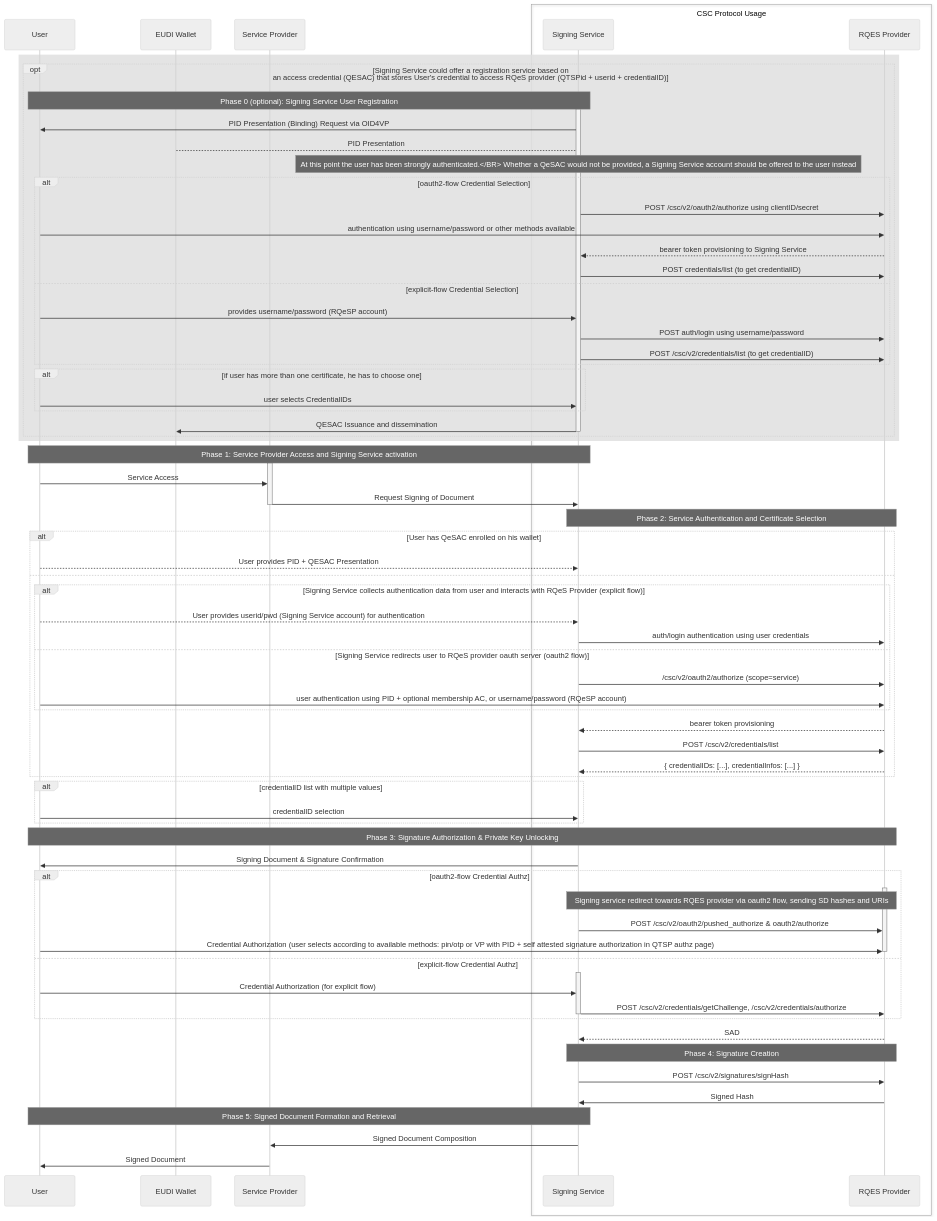
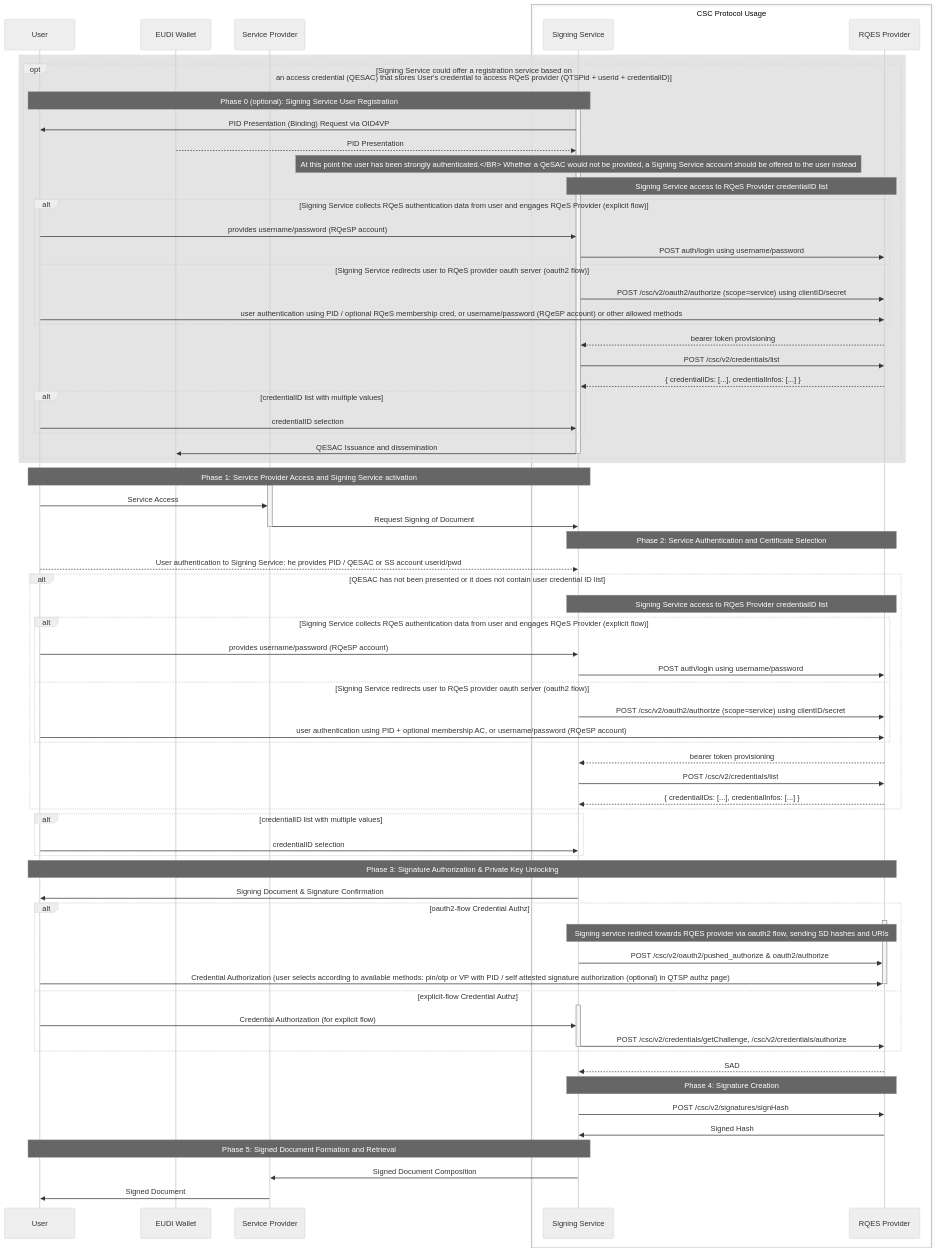
Before and after one commit to EWC-consortium/eudi-wallet-rfcs: the first of 7 diagrams in ewc-rfc010-long-term-certifice-qes-creation.md, drawn with Mermaid (neutral theme). The commit also changed other lines of this file, not shown here.

```diff
--- a/ewc-rfc010-long-term-certifice-qes-creation.md
+++ b/ewc-rfc010-long-term-certifice-qes-creation.md
@@ -101,23 +108,27 @@
   rect rgba(225, 225, 225, 0.88)
     opt Signing Service could offer a registration service based on <br/>an access credential (QESAC) that stores User's credential to access RQeS provider (QTSPid + userid + credentialID)
     Note over User, Signing Service: Phase 0 (optional): Signing Service User Registration
-      activate Signing Service
-      Signing Service->>User: PID Presentation (Binding) Request via OID4VP
-      EUDI Wallet-->Signing Service: PID Presentation
-      Note over Signing Service: At this point the user has been strongly authenticated.</BR> Whether a QeSAC would not be provided, a Signing Service account should be offered to the user instead
-      alt  oauth2-flow Credential Selection
-        Signing Service->>RQES Provider: POST /csc/v2/oauth2/authorize using clientID/secret
-        User->>RQES Provider: authentication using username/password or other methods available
-        RQES Provider-->>Signing Service: bearer token provisioning to Signing Service
-        Signing Service->>RQES Provider: POST credentials/list (to get credentialID)
-      else explicit-flow Credential Selection
+    activate Signing Service
+    Signing Service->>User: PID Presentation (Binding) Request via OID4VP
+    EUDI Wallet-->>Signing Service: PID Presentation
+    
+    Note over Signing Service: At this point the user has been strongly authenticated.</BR> Whether a QeSAC would not be provided, a Signing Service account should be offered to the user instead
+      
+    Note over Signing Service, RQES Provider: Signing Service access to RQeS Provider credentialID list
+    alt Signing Service collects RQeS authentication data from user and engages RQeS Provider (explicit flow)
         User->>Signing Service: provides username/password (RQeSP account)
         Signing Service->>RQES Provider: POST auth/login using username/password
-        Signing Service->>RQES Provider: POST /csc/v2/credentials/list (to get credentialID)
-      end
-    alt if user has more than one certificate, he has to choose one
-      User->>Signing Service: user selects CredentialIDs
+    else Signing Service redirects user to RQeS provider oauth server (oauth2 flow)
+        Signing Service->>RQES Provider: POST /csc/v2/oauth2/authorize (scope=service) using clientID/secret
+        User->>RQES Provider: user authentication using PID / optional RQeS membership cred, or username/password (RQeSP account) or other allowed methods
+    end 
+    RQES Provider-->>Signing Service: bearer token provisioning
+    Signing Service->>RQES Provider: POST /csc/v2/credentials/list
+    RQES Provider-->>Signing Service: { credentialIDs: [...], credentialInfos: [...] }
+    alt credentialID list with multiple values
+        User->>Signing Service: credentialID selection
     end
+
     Signing Service->>EUDI Wallet: QESAC Issuance and dissemination
     deactivate Signing Service
     end
@@ -130,33 +141,33 @@
     deactivate Service Provider
     
     Note over Signing Service, RQES Provider: Phase 2: Service Authentication and Certificate Selection
-    alt User has QeSAC enrolled on his wallet
-      User-->>Signing Service: User provides PID + QESAC Presentation 
-    else 
-      alt Signing Service collects authentication data from user and interacts with RQeS Provider (explicit flow)
-        User-->>Signing Service: User provides userid/pwd (Signing Service account) for authentication  
-        Signing Service->>RQES Provider: auth/login authentication using user credentials
+    User-->>Signing Service: User authentication to Signing Service: he provides PID / QESAC or SS account userid/pwd
+    alt QESAC has not been presented or it does not contain user credential ID list 
+    Note over Signing Service, RQES Provider: Signing Service access to RQeS Provider credentialID list
+      alt Signing Service collects RQeS authentication data from user and engages RQeS Provider (explicit flow)
+        User->>Signing Service: provides username/password (RQeSP account)
+        Signing Service->>RQES Provider: POST auth/login using username/password
       else Signing Service redirects user to RQeS provider oauth server (oauth2 flow)
-        Signing Service->>RQES Provider: /csc/v2/oauth2/authorize (scope=service)
+        Signing Service->>RQES Provider: POST /csc/v2/oauth2/authorize (scope=service) using clientID/secret
         User->>RQES Provider: user authentication using PID + optional membership AC, or username/password (RQeSP account)
       end 
       RQES Provider-->>Signing Service: bearer token provisioning
       Signing Service->>RQES Provider: POST /csc/v2/credentials/list
       RQES Provider-->>Signing Service: { credentialIDs: [...], credentialInfos: [...] }
     end
-      alt credentialID list with multiple values
+    alt credentialID list with multiple values
         User->>Signing Service: credentialID selection
     end
 
 %% at this stage CredentialID has been set
+
     Note over User, RQES Provider: Phase 3: Signature Authorization & Private Key Unlocking 
-
     Signing Service->>User: Signing Document & Signature Confirmation
     alt oauth2-flow Credential Authz
       activate RQES Provider
       Note over Signing Service,RQES Provider: Signing service redirect towards RQES provider via oauth2 flow, sending SD hashes and URIs
       Signing Service->>RQES Provider: POST /csc/v2/oauth2/pushed_authorize & oauth2/authorize
-      User->>RQES Provider: Credential Authorization (user selects according to available methods: pin/otp or VP with PID + self attested signature authorization in QTSP authz page)
+      User->>RQES Provider: Credential Authorization (user selects according to available methods: pin/otp or VP with PID / self attested signature authorization (optional) in QTSP authz page)
       deactivate RQES Provider
     else explicit-flow Credential Authz
       activate Signing Service
```
